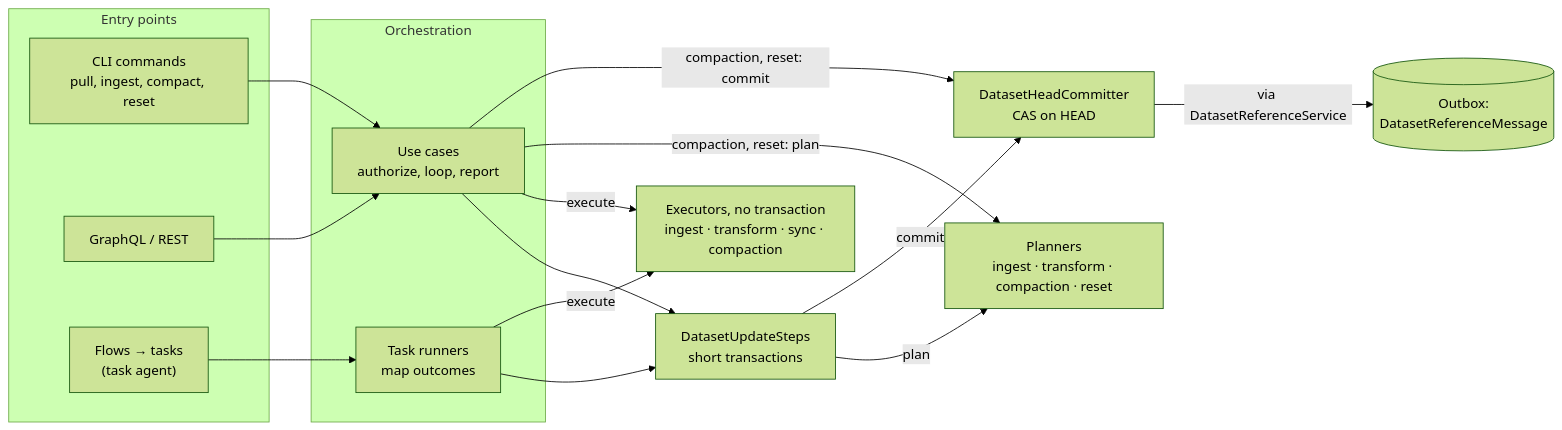
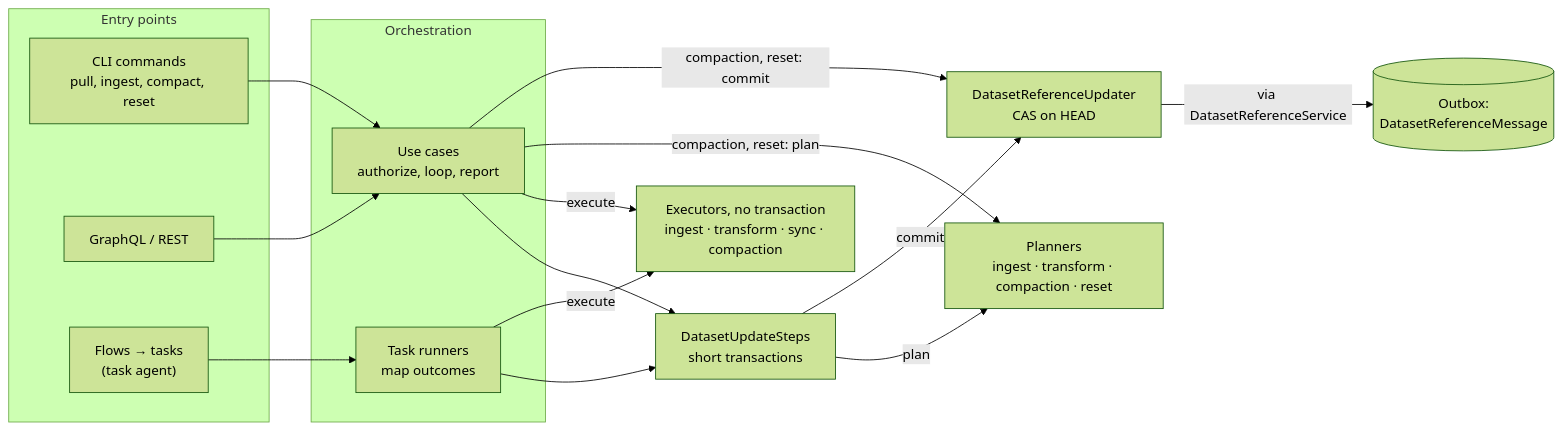
One commit to kamu-data/kamu-cli changed the first of 3 diagrams in docs/internal/dataset-operations.md. Above: the diagram before and after it, drawn with Mermaid (forest theme). The commit also changed other lines of this file and 88 other files, not shown here.

````diff
--- a/docs/internal/dataset-operations.md
+++ b/docs/internal/dataset-operations.md
@@ -39,32 +39,32 @@
 ```mermaid
 flowchart LR
     subgraph Entry["Entry points"]
         CLI["CLI commands<br/>pull, ingest, compact, reset"]
         GQL["GraphQL / REST"]
         FLOW["Flows → tasks<br/>(task agent)"]
     end
 
     subgraph Orchestration
         UC["Use cases<br/>authorize, loop, report"]
         RUN["Task runners<br/>map outcomes"]
     end
 
     STEPS["DatasetUpdateSteps<br/>short transactions"]
     PLAN["Planners<br/>ingest · transform · compaction · reset"]
     EXEC["Executors, no transaction<br/>ingest · transform · sync · compaction"]
-    COMMIT["DatasetHeadCommitter<br/>CAS on HEAD"]
+    COMMIT["DatasetReferenceUpdater<br/>CAS on HEAD"]
     OUTBOX[("Outbox:<br/>DatasetReferenceMessage")]
 
     CLI --> UC
     GQL --> UC
     FLOW --> RUN
     UC --> STEPS
     RUN --> STEPS
     STEPS -- plan --> PLAN
     UC -- execute --> EXEC
     RUN -- execute --> EXEC
     STEPS -- commit --> COMMIT
     UC -- "compaction, reset: plan" --> PLAN
     UC -- "compaction, reset: commit" --> COMMIT
     COMMIT -- "via DatasetReferenceService" --> OUTBOX
 ```
````
